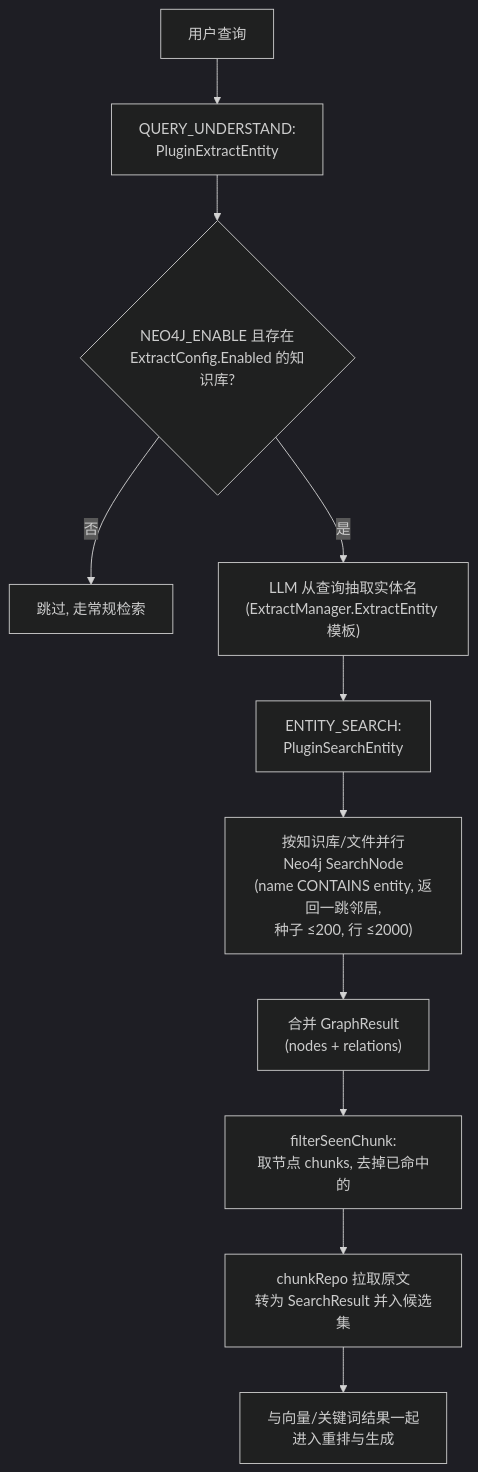
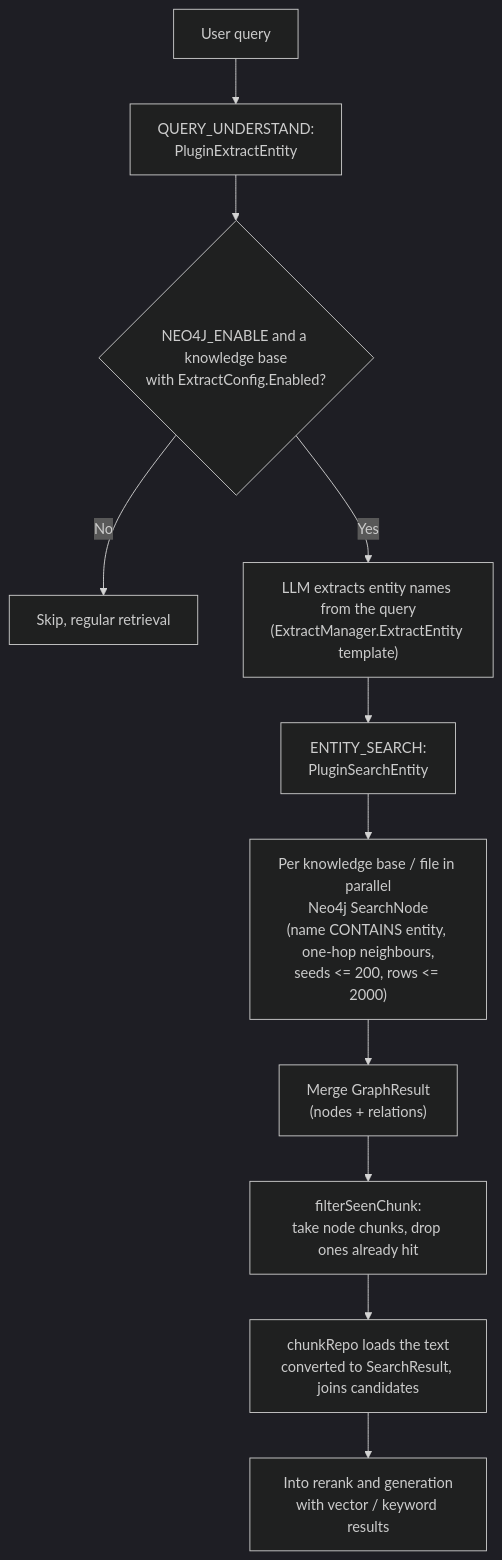
The second of 2 diagrams in website-docs/03-features/09-knowledge-graph.md (jrmatherly/ai-kb), drawn with Mermaid (dark theme) before and after one commit. The commit also changed other lines of this file and 6 other files, not shown here.

First line of the commit message:
docs(features): translate batch 4 (knowledge graph, evaluation, chat experience, file access, skills sandbox)

````diff
--- a/website-docs/03-features/09-knowledge-graph.md
+++ b/website-docs/03-features/09-knowledge-graph.md
@@ -154,13 +164,13 @@
 ```mermaid
 flowchart TD
-    Q["用户查询"] --> U["QUERY_UNDERSTAND:<br/>PluginExtractEntity"]
-    U --> U1{"NEO4J_ENABLE 且存在<br/>ExtractConfig.Enabled 的知识库?"}
-    U1 -->|"否"| SKIP["跳过, 走常规检索"]
-    U1 -->|"是"| U2["LLM 从查询抽取实体名<br/>(ExtractManager.ExtractEntity 模板)"]
+    Q["User query"] --> U["QUERY_UNDERSTAND:<br/>PluginExtractEntity"]
+    U --> U1{"NEO4J_ENABLE and a knowledge base<br/>with ExtractConfig.Enabled?"}
+    U1 -->|"No"| SKIP["Skip, regular retrieval"]
+    U1 -->|"Yes"| U2["LLM extracts entity names from the query<br/>(ExtractManager.ExtractEntity template)"]
     U2 --> S["ENTITY_SEARCH:<br/>PluginSearchEntity"]
-    S --> S1["按知识库/文件并行<br/>Neo4j SearchNode<br/>(name CONTAINS entity, 返回一跳邻居,<br/>种子 ≤200, 行 ≤2000)"]
-    S1 --> S2["合并 GraphResult<br/>(nodes + relations)"]
-    S2 --> S3["filterSeenChunk:<br/>取节点 chunks, 去掉已命中的"]
-    S3 --> S4["chunkRepo 拉取原文<br/>转为 SearchResult 并入候选集"]
-    S4 --> R["与向量/关键词结果一起<br/>进入重排与生成"]
+    S --> S1["Per knowledge base / file in parallel<br/>Neo4j SearchNode<br/>(name CONTAINS entity, one-hop neighbours,<br/>seeds <= 200, rows <= 2000)"]
+    S1 --> S2["Merge GraphResult<br/>(nodes + relations)"]
+    S2 --> S3["filterSeenChunk:<br/>take node chunks, drop ones already hit"]
+    S3 --> S4["chunkRepo loads the text<br/>converted to SearchResult, joins candidates"]
+    S4 --> R["Into rerank and generation<br/>with vector / keyword results"]
 ```
````
